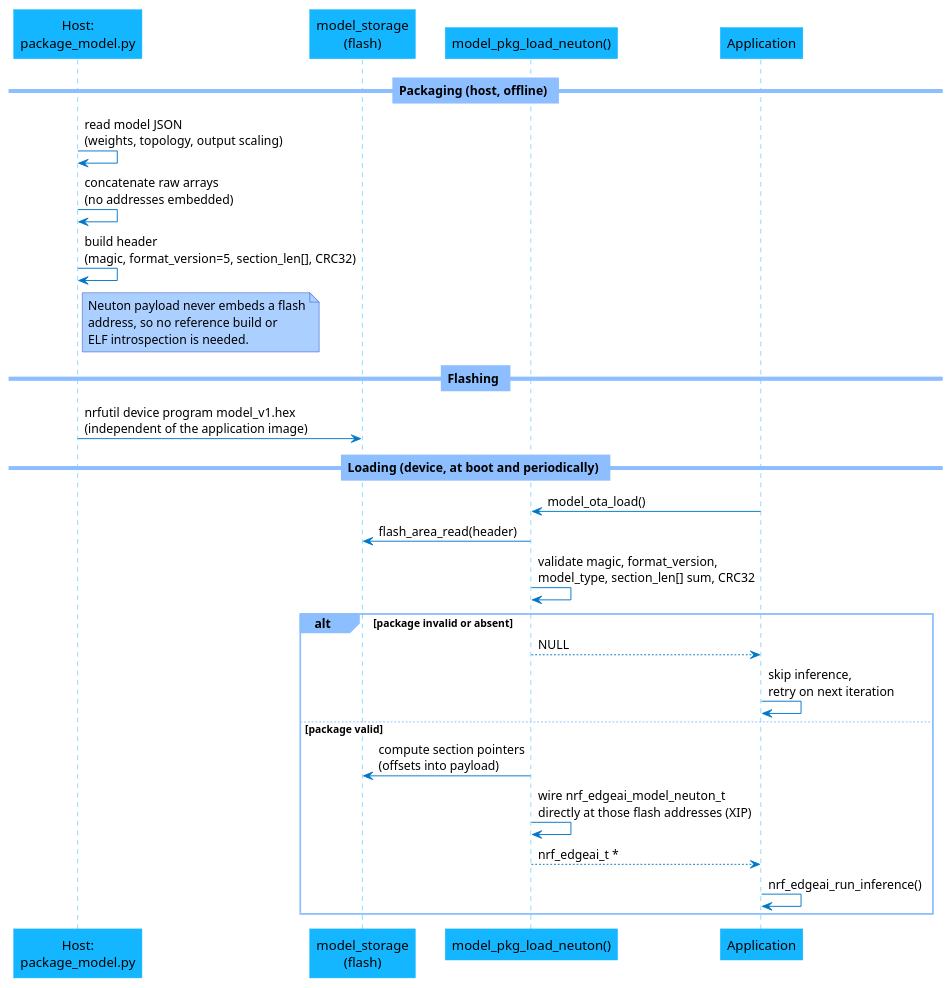
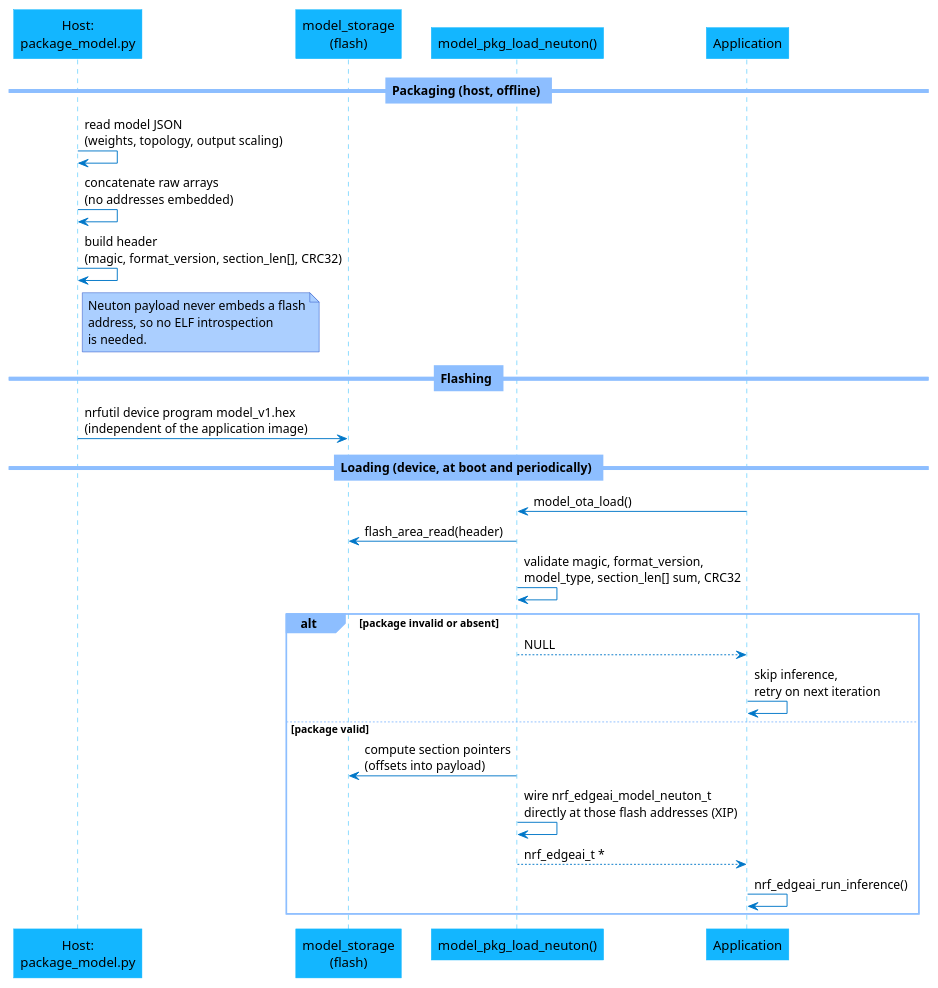
The second of 3 diagrams in doc/libraries/model_ota.rst (nrfconnect/sdk-edge-ai), drawn with PlantUML before and after one commit. The commit also changed other lines of this file, not shown here.

```diff
--- a/doc/libraries/model_ota.rst
+++ b/doc/libraries/model_ota.rst
@@ -151,62 +159,62 @@
 .. uml::
-   :caption: Neuton packaging and loading. No addresses are embedded in the payload, so packaging needs no reference build or ELF introspection.
+   :caption: Neuton packaging and loading. No addresses are embedded in the payload, so packaging needs no ELF introspection at all.
 
    skinparam shadowing false
    skinparam roundcorner 0
    skinparam backgroundColor #FFFFFF
    skinparam ArrowColor #0077C8
    skinparam sequenceArrowThickness 1
 
    skinparam sequence {
      DividerBackgroundColor #8DBEFF
      DividerBorderColor #8DBEFF
      LifeLineBackgroundColor #13B6FF
      LifeLineBorderColor #13B6FF
      ParticipantBackgroundColor #13B6FF
      ParticipantBorderColor #13B6FF
      BoxBackgroundColor #C1E8FF
      BoxBorderColor #C1E8FF
      GroupBackgroundColor #8DBEFF
      GroupBorderColor #8DBEFF
    }
 
    skinparam note {
      BackgroundColor #ABCFFF
      BorderColor #2149C2
      Shadowing false
    }
 
    participant "Host:\npackage_model.py" as Host
    participant "model_storage\n(flash)" as Flash
    participant "model_pkg_load_neuton()" as Loader
    participant "Application" as App
 
    == Packaging (host, offline) ==
 
    Host -> Host : read model JSON\n(weights, topology, output scaling)
    Host -> Host : concatenate raw arrays\n(no addresses embedded)
-   Host -> Host : build header\n(magic, format_version=5, section_len[], CRC32)
+   Host -> Host : build header\n(magic, format_version, section_len[], CRC32)
    note right of Host
      Neuton payload never embeds a flash
-     address, so no reference build or
-     ELF introspection is needed.
+     address, so no ELF introspection
+     is needed.
    end note
 
    == Flashing ==
 
    Host -> Flash : nrfutil device program model_v1.hex\n(independent of the application image)
 
    == Loading (device, at boot and periodically) ==
 
    App -> Loader : model_ota_load()
    Loader -> Flash : flash_area_read(header)
    Loader -> Loader : validate magic, format_version,\nmodel_type, section_len[] sum, CRC32
    alt package invalid or absent
      Loader --> App : NULL
      App -> App : skip inference,\nretry on next iteration
    else package valid
      Loader -> Flash : compute section pointers\n(offsets into payload)
      Loader -> Loader : wire nrf_edgeai_model_neuton_t\ndirectly at those flash addresses (XIP)
      Loader --> App : nrf_edgeai_t *
      App -> App : nrf_edgeai_run_inference()
    end
```
